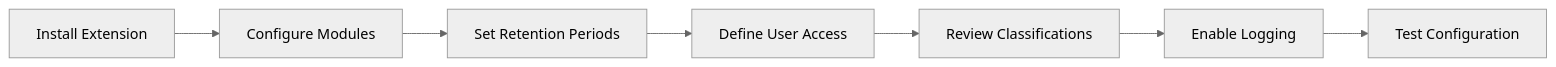
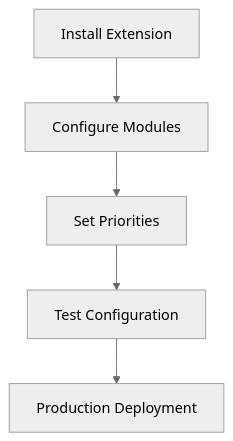
One commit to Goldenvikingsunset/DatadeletionTool changed the eighth of 10 diagrams in README.md. Above: the diagram before and after it, drawn with Mermaid (neutral theme). The commit also changed other lines of this file, not shown here.

````diff
--- a/README.md
+++ b/README.md
@@ -148,9 +168,7 @@
 ```mermaid
-graph LR
+graph TB
     A[Install Extension] --> B[Configure Modules]
-    B --> C[Set Retention Periods]
-    C --> D[Define User Access]
-    D --> E[Review Classifications]
-    E --> F[Enable Logging]
-    F --> G[Test Configuration]
+    B --> C[Set Priorities]
+    C --> D[Test Configuration]
+    D --> E[Production Deployment]
 ```
````
